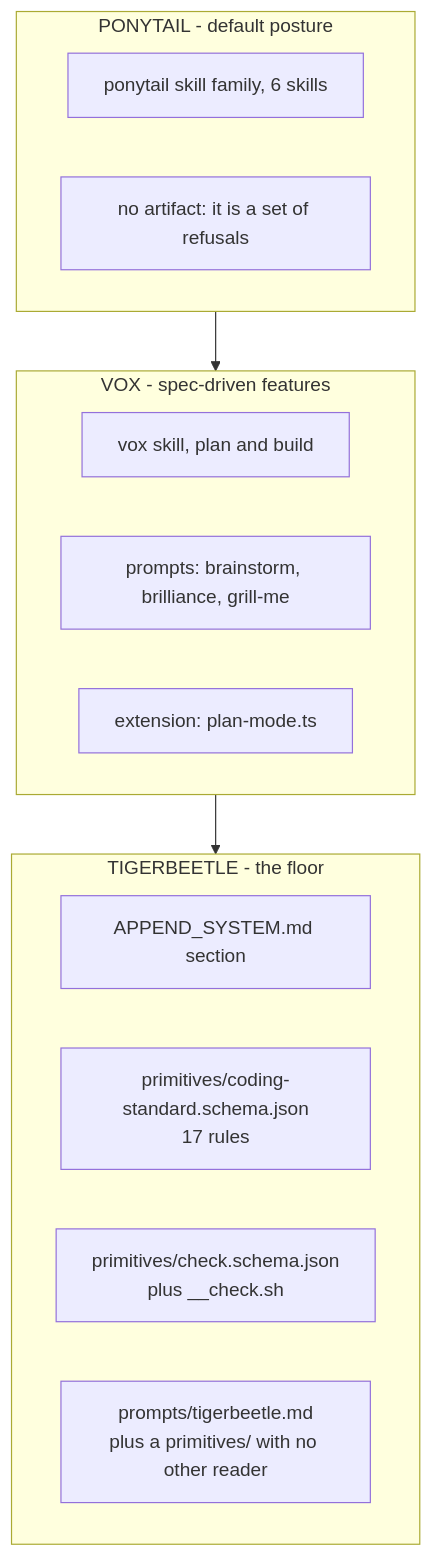
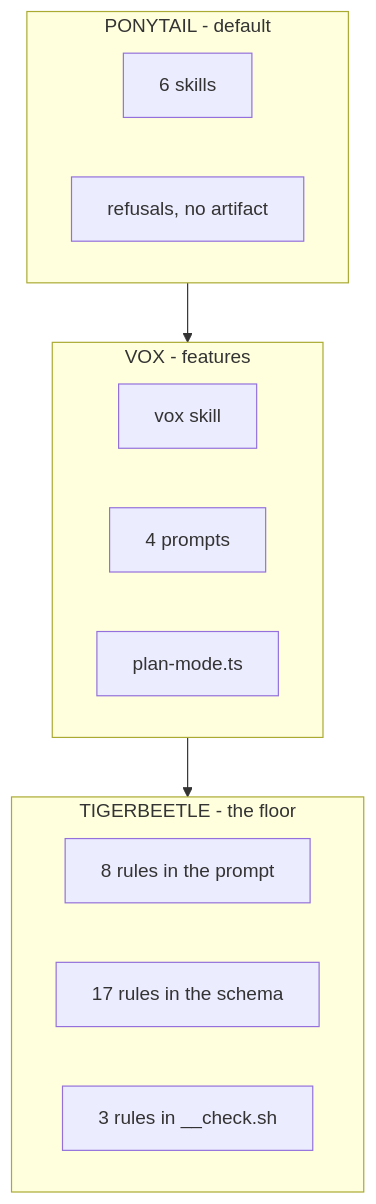
Before and after one commit to sub0xdai/n0x-pi: the fourth of 5 diagrams in agent/harness-map.md, drawn with Mermaid. The commit also changed other lines of this file and 7 other files, not shown here.

````diff
--- a/agent/harness-map.md
+++ b/agent/harness-map.md
@@ -110,20 +130,19 @@
 ```mermaid
 flowchart TB
-    subgraph TB1["PONYTAIL - default posture"]
-        P1["ponytail skill family, 6 skills"]
-        P2["no artifact: it is a set of refusals"]
+    subgraph PO["PONYTAIL - default"]
+        P1["6 skills"]
+        P2["refusals, no artifact"]
     end
-    subgraph TB2["VOX - spec-driven features"]
-        V1["vox skill, plan and build"]
-        V2["prompts: brainstorm, brilliance, grill-me"]
-        V3["extension: plan-mode.ts"]
+    subgraph VO["VOX - features"]
+        V1["vox skill"]
+        V2["4 prompts"]
+        V3["plan-mode.ts"]
     end
-    subgraph TB3["TIGERBEETLE - the floor"]
-        T1["APPEND_SYSTEM.md section"]
-        T2["primitives/coding-standard.schema.json<br/>17 rules"]
-        T3["primitives/check.schema.json<br/>plus __check.sh"]
-        T4["prompts/tigerbeetle.md<br/>plus a primitives/ with no other reader"]
+    subgraph TI["TIGERBEETLE - the floor"]
+        T1["8 rules in the prompt"]
+        T2["17 rules in the schema"]
+        T3["3 rules in __check.sh"]
     end
-    TB1 --> TB2
-    TB2 --> TB3
+    PO --> VO
+    VO --> TI
 ```
````
